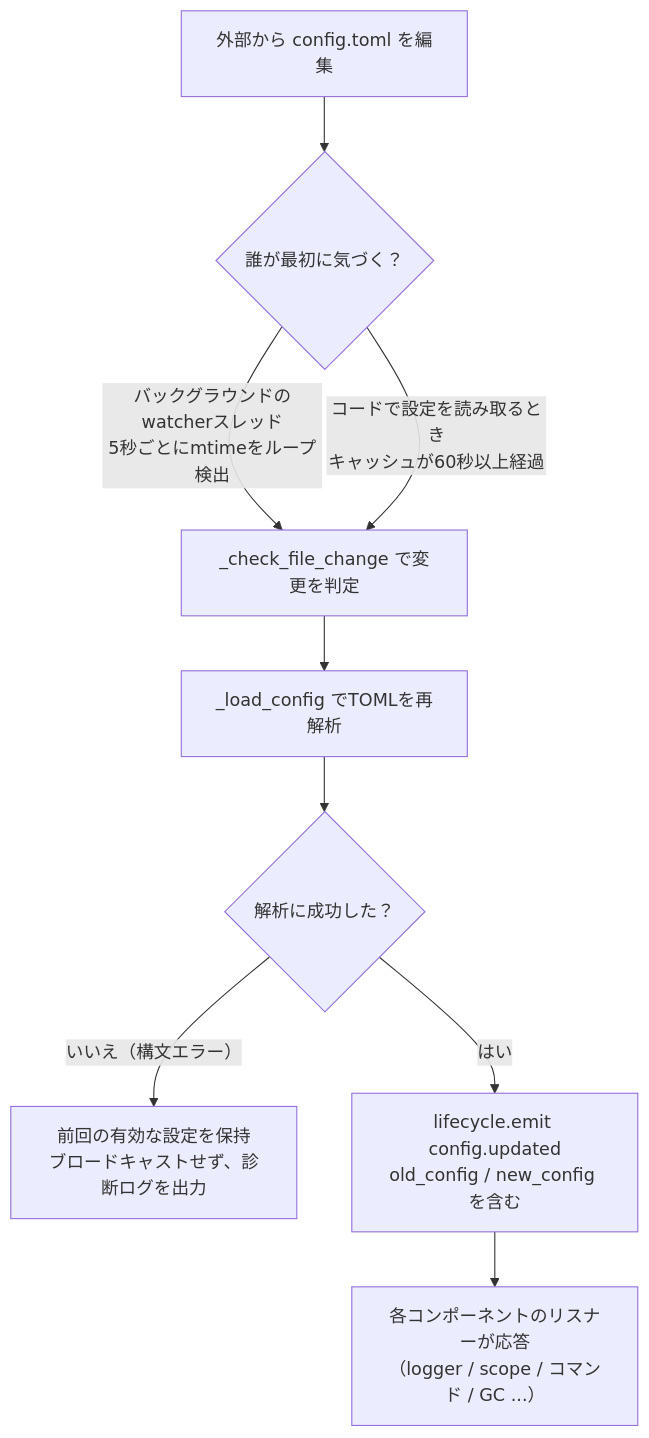
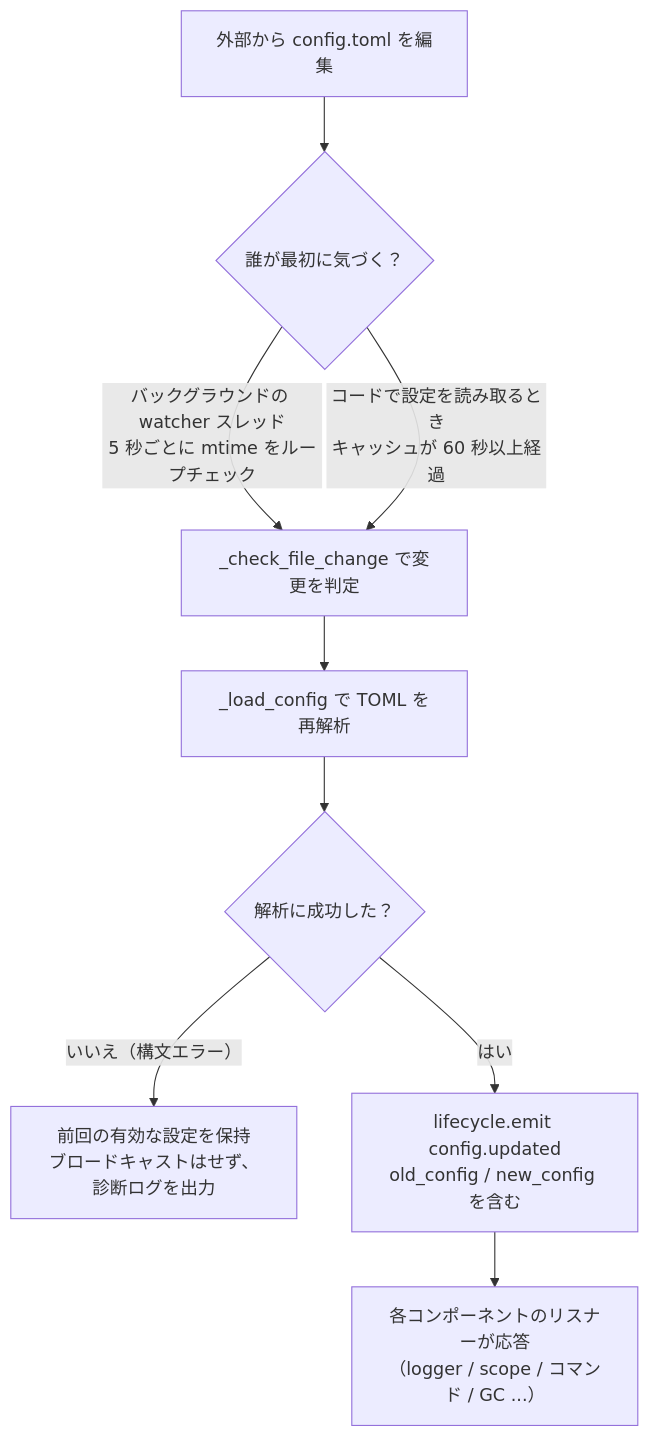
One commit to ErisPulse/ErisPulse changed the diagram in docs/ja/ai-support/skills/erispulse-config-cli/SKILL.md. Above: the diagram before and after it, drawn with Mermaid. The commit also changed other lines of this file and 194 other files, not shown here.

````diff
--- a/docs/ja/ai-support/skills/erispulse-config-cli/SKILL.md
+++ b/docs/ja/ai-support/skills/erispulse-config-cli/SKILL.md
@@ -158,11 +158,11 @@
 ```mermaid
 flowchart TD
     A["外部から config.toml を編集"] --> B{"誰が最初に気づく？"}
-    B -->|"バックグラウンドのwatcherスレッド<br/>5秒ごとにmtimeをループ検出"| C["_check_file_change で変更を判定"]
-    B -->|"コードで設定を読み取るとき<br/>キャッシュが60秒以上経過"| C
-    C --> D["_load_config でTOMLを再解析"]
+    B -->|"バックグラウンドの watcher スレッド<br/>5 秒ごとに mtime をループチェック"| C["_check_file_change で変更を判定"]
+    B -->|"コードで設定を読み取るとき<br/>キャッシュが 60 秒以上経過"| C
+    C --> D["_load_config で TOML を再解析"]
     D --> E{"解析に成功した？"}
-    E -->|"いいえ（構文エラー）"| F["前回の有効な設定を保持<br/>ブロードキャストせず、診断ログを出力"]
+    E -->|"いいえ（構文エラー）"| F["前回の有効な設定を保持<br/>ブロードキャストはせず、診断ログを出力"]
     E -->|"はい"| G["lifecycle.emit config.updated<br/>old_config / new_config を含む"]
     G --> H["各コンポーネントのリスナーが応答<br/>（logger / scope / コマンド / GC ...）"]
 ```
````
